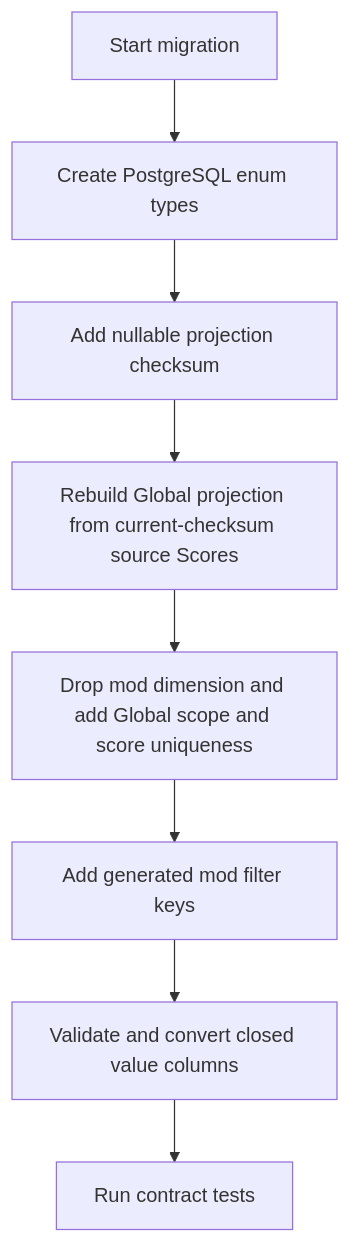
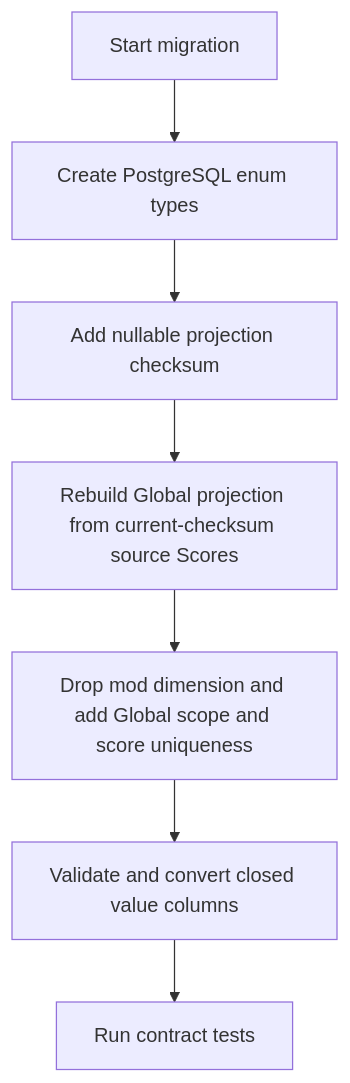
The sixth of 6 diagrams in .kiro/specs/beatmap-leaderboards/design.md (Reticulmz/athena), drawn with Mermaid before and after one commit. The commit also changed other lines of this file and 17 other files, not shown here.

````diff
--- a/.kiro/specs/beatmap-leaderboards/design.md
+++ b/.kiro/specs/beatmap-leaderboards/design.md
@@ -904,10 +901,9 @@
 ```mermaid
 graph TB
     Start[Start migration] --> CreateEnumTypes[Create PostgreSQL enum types]
     CreateEnumTypes --> AddChecksum[Add nullable projection checksum]
     AddChecksum --> RebuildProjection[Rebuild Global projection from current-checksum source Scores]
     RebuildProjection --> ConstrainGlobal[Drop mod dimension and add Global scope and score uniqueness]
-    ConstrainGlobal --> AddGeneratedKeys[Add generated mod filter keys]
-    AddGeneratedKeys --> ConvertEnums[Validate and convert closed value columns]
+    ConstrainGlobal --> ConvertEnums[Validate and convert closed value columns]
     ConvertEnums --> Verify[Run contract tests]
 ```
````
